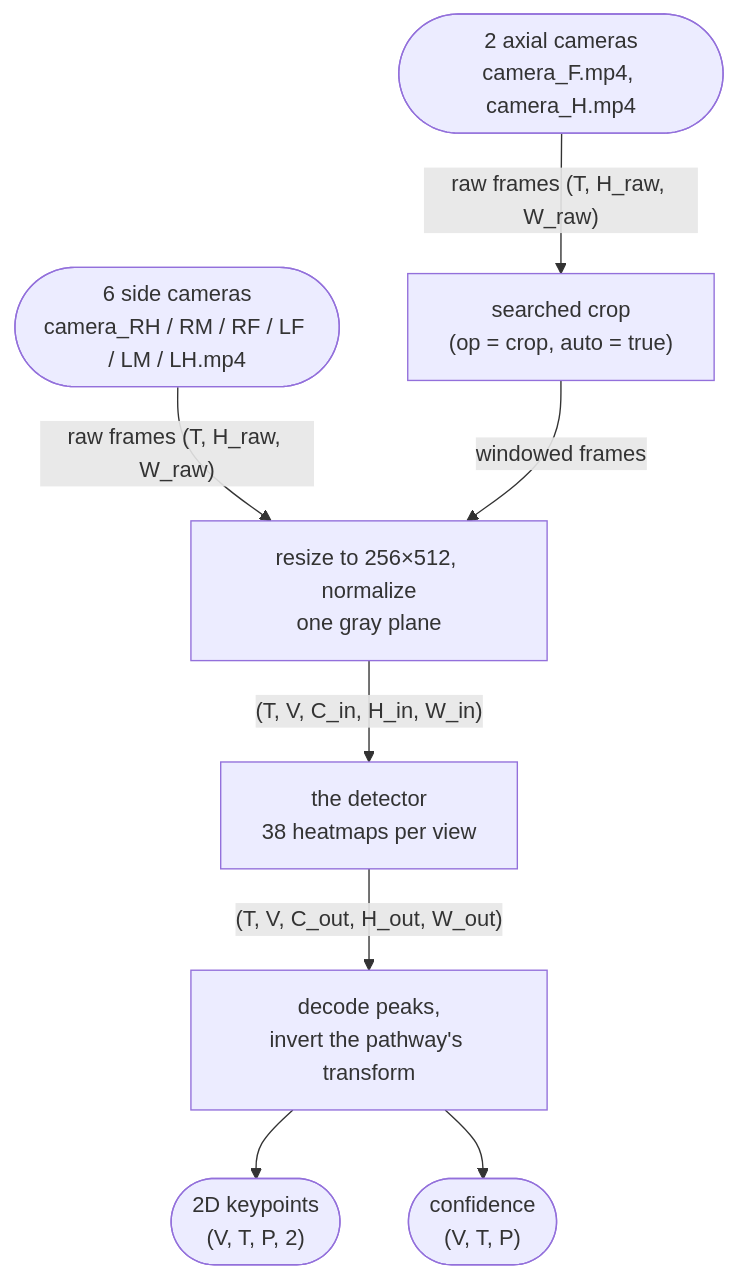
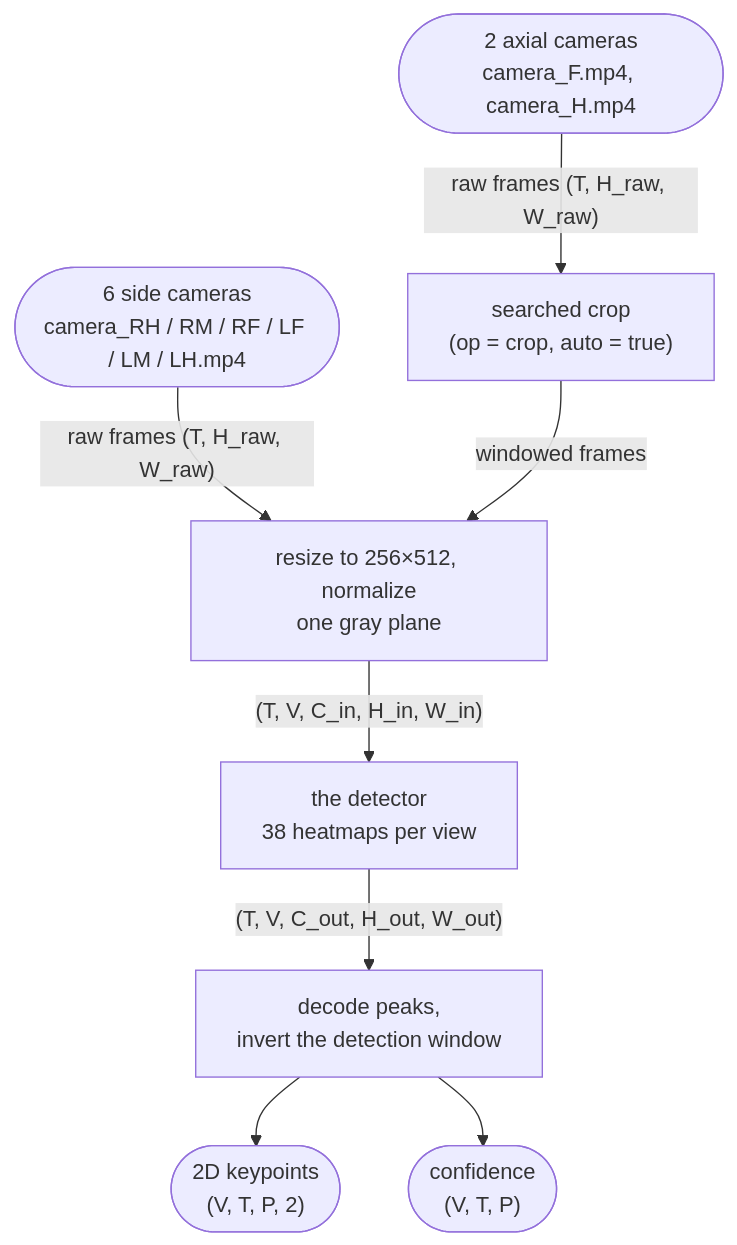
Before and after one commit to NeLy-EPFL/deeperfly: the first of 2 diagrams in docs/explanation/pipeline.md, drawn with Mermaid. The commit also changed other lines of this file and 8 other files, not shown here.

First line of the commit message:
Rewrite the docs for the v2 schema

````diff
--- a/docs/explanation/pipeline.md
+++ b/docs/explanation/pipeline.md
@@ -88,21 +88,21 @@
 ```mermaid
 flowchart TD
   side(["6 side cameras<br>camera_RH / RM / RF / LF / LM / LH.mp4"])
   axial(["2 axial cameras<br>camera_F.mp4, camera_H.mp4"])
 
   crop["searched crop<br>(op = crop, auto = true)"]
   prep["resize to 256×512, normalize<br>one gray plane"]
   net["the detector<br>38 heatmaps per view"]
-  peak["decode peaks,<br>invert the pathway's transform"]
+  peak["decode peaks,<br>invert the detection window"]
 
   out(["2D keypoints<br>(V, T, P, 2)"])
   conf(["confidence<br>(V, T, P)"])
 
   side -->|"raw frames (T, H_raw, W_raw)"| prep
   axial -->|"raw frames (T, H_raw, W_raw)"| crop
   crop -->|"windowed frames"| prep
   prep -->|"(T, V, C_in, H_in, W_in)"| net
   net -->|"(T, V, C_out, H_out, W_out)"| peak
   peak --> out
   peak --> conf
 ```
````
